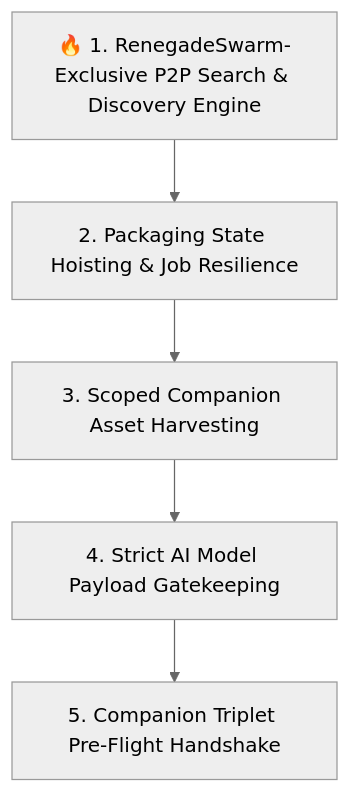
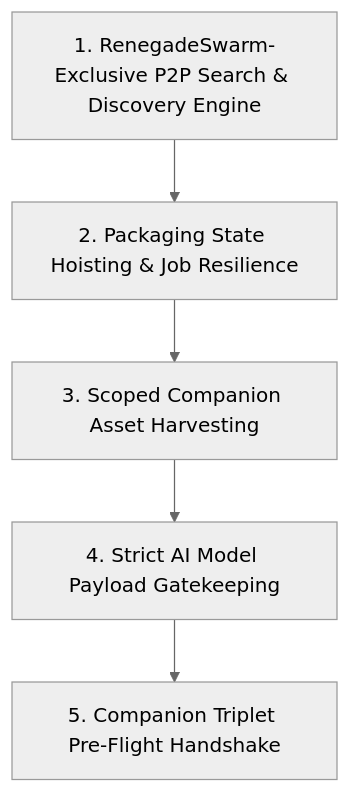
One commit to DevNullInc/RenegadeSwarm changed the diagram in ROADMAP.md. Above: the diagram before and after it, drawn with Mermaid (neutral theme). The commit also changed other lines of this file and 14 other files, not shown here.

````diff
--- a/ROADMAP.md
+++ b/ROADMAP.md
@@ -19,7 +19,7 @@
 ```mermaid
 flowchart TD
-    M1[🔥 1. RenegadeSwarm-Exclusive P2P Search & Discovery Engine] --> M2[2. Packaging State Hoisting & Job Resilience]
+    M1[1. RenegadeSwarm-Exclusive P2P Search & Discovery Engine] --> M2[2. Packaging State Hoisting & Job Resilience]
     M2 --> M3[3. Scoped Companion Asset Harvesting]
     M3 --> M4[4. Strict AI Model Payload Gatekeeping]
     M4 --> M5[5. Companion Triplet Pre-Flight Handshake]
 ```
````
